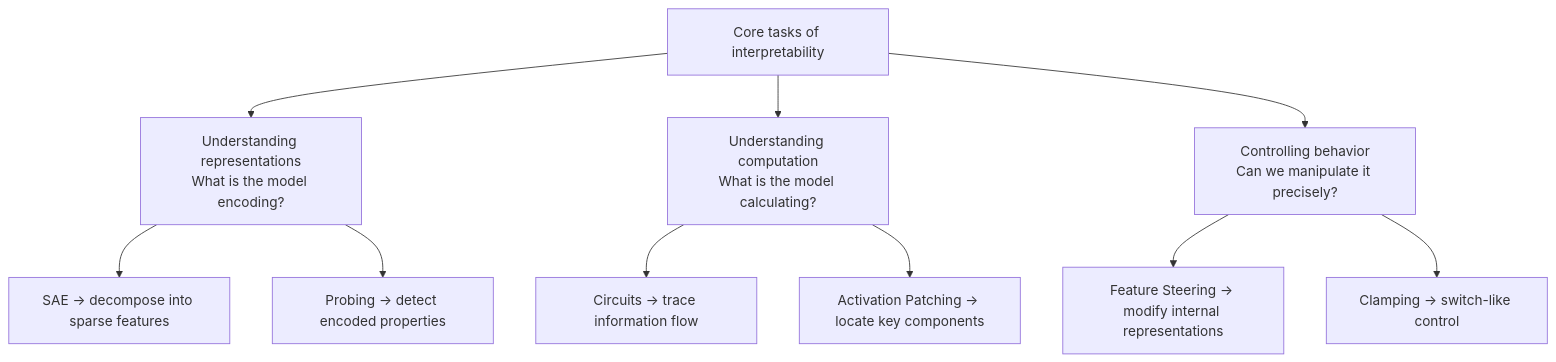
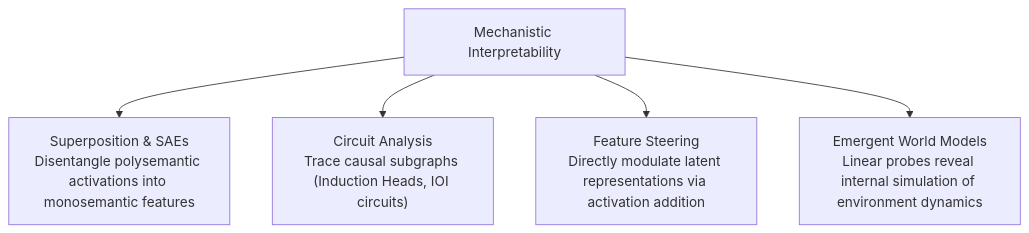
Before and after one commit to yingwang/thinking-in-llm: diagram 11 of 11 in en/chapters/13-interpretability.md, drawn with Mermaid. The commit also changed other lines of this file and 31 other files, not shown here.

````diff
--- a/en/chapters/13-interpretability.md
+++ b/en/chapters/13-interpretability.md
@@ -765,16 +465,7 @@
 ```mermaid
 graph TB
-    A["Core tasks of interpretability"]
-    A --> B["Understanding representations<br/>What is the model encoding?"]
-    A --> C["Understanding computation<br/>What is the model calculating?"]
-    A --> D["Controlling behavior<br/>Can we manipulate it precisely?"]
-
-    B --> B1["SAE -> decompose into sparse features"]
-    B --> B2["Probing -> detect encoded properties"]
-
-    C --> C1["Circuits -> trace information flow"]
-    C --> C2["Activation Patching -> locate key components"]
-
-    D --> D1["Feature Steering -> modify internal representations"]
-    D --> D2["Clamping -> switch-like control"]
+    A["Mechanistic Interpretability"] --> B["Superposition & SAEs<br/>Disentangle polysemantic activations into monosemantic features"]
+    A --> C["Circuit Analysis<br/>Trace causal subgraphs (Induction Heads, IOI circuits)"]
+    A --> D["Feature Steering<br/>Directly modulate latent representations via activation addition"]
+    A --> E["Emergent World Models<br/>Linear probes reveal internal simulation of environment dynamics"]
 ```
````
